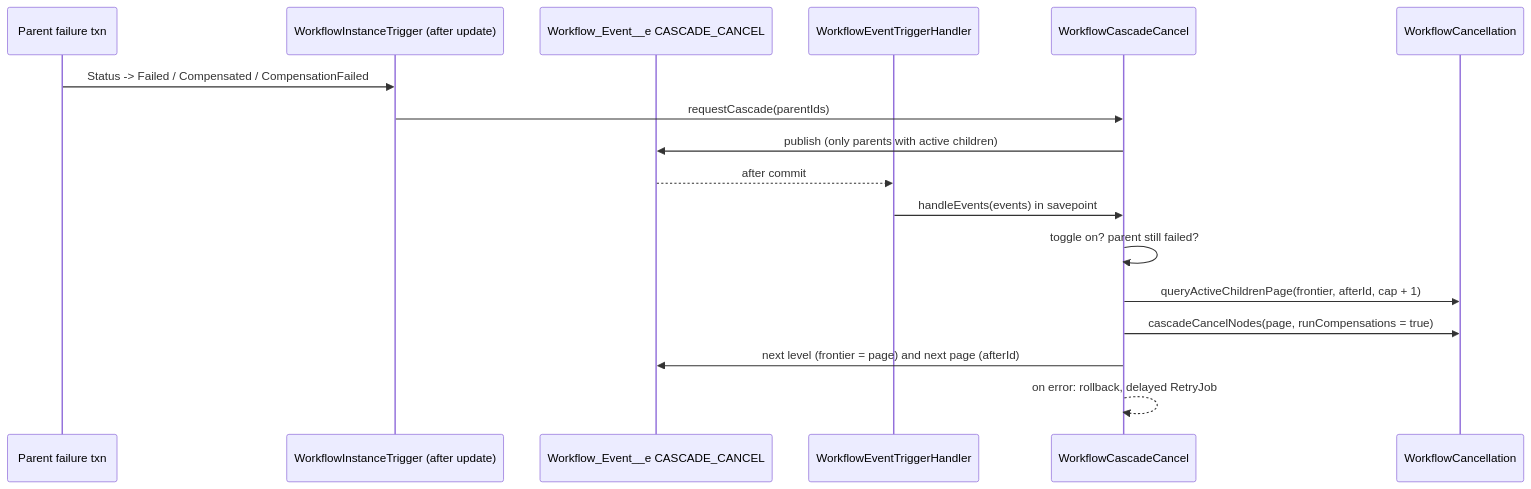
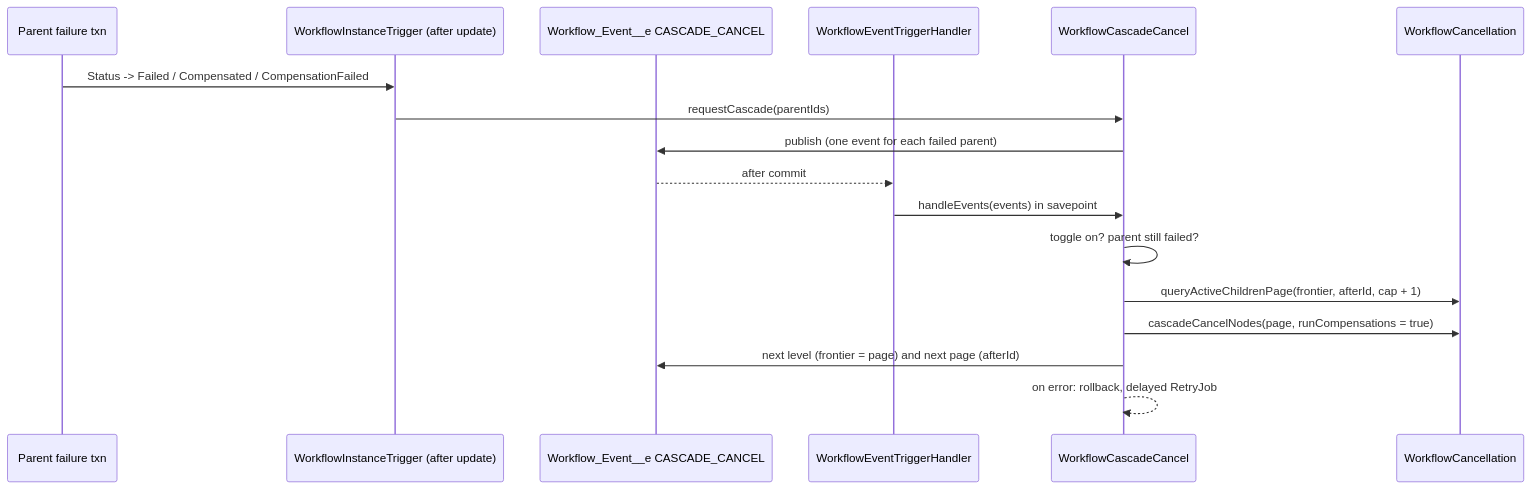
The diagram in docs/plans/2026-09-27-cascade-cancel-children-on-failure.md (madmax983/revenant), drawn with Mermaid before and after one commit. The commit also changed other lines of this file and 3 other files, not shown here.

First line of the commit message:
fix(#94): no pre-filter; a failed next-level publish retries

````diff
--- a/docs/plans/2026-09-27-cascade-cancel-children-on-failure.md
+++ b/docs/plans/2026-09-27-cascade-cancel-children-on-failure.md
@@ -48,19 +48,19 @@
 ```mermaid
 sequenceDiagram
     participant P as Parent failure txn
     participant T as WorkflowInstanceTrigger (after update)
     participant E as Workflow_Event__e CASCADE_CANCEL
     participant H as WorkflowEventTriggerHandler
     participant C as WorkflowCascadeCancel
     participant W as WorkflowCancellation
     P->>T: Status -> Failed / Compensated / CompensationFailed
     T->>C: requestCascade(parentIds)
-    C->>E: publish (only parents with active children)
+    C->>E: publish (one event for each failed parent)
     E-->>H: after commit
     H->>C: handleEvents(events) in savepoint
     C->>C: toggle on? parent still failed?
     C->>W: queryActiveChildrenPage(frontier, afterId, cap + 1)
     C->>W: cascadeCancelNodes(page, runCompensations = true)
     C->>E: next level (frontier = page) and next page (afterId)
     C-->>C: on error: rollback, delayed RetryJob
 ```
````
